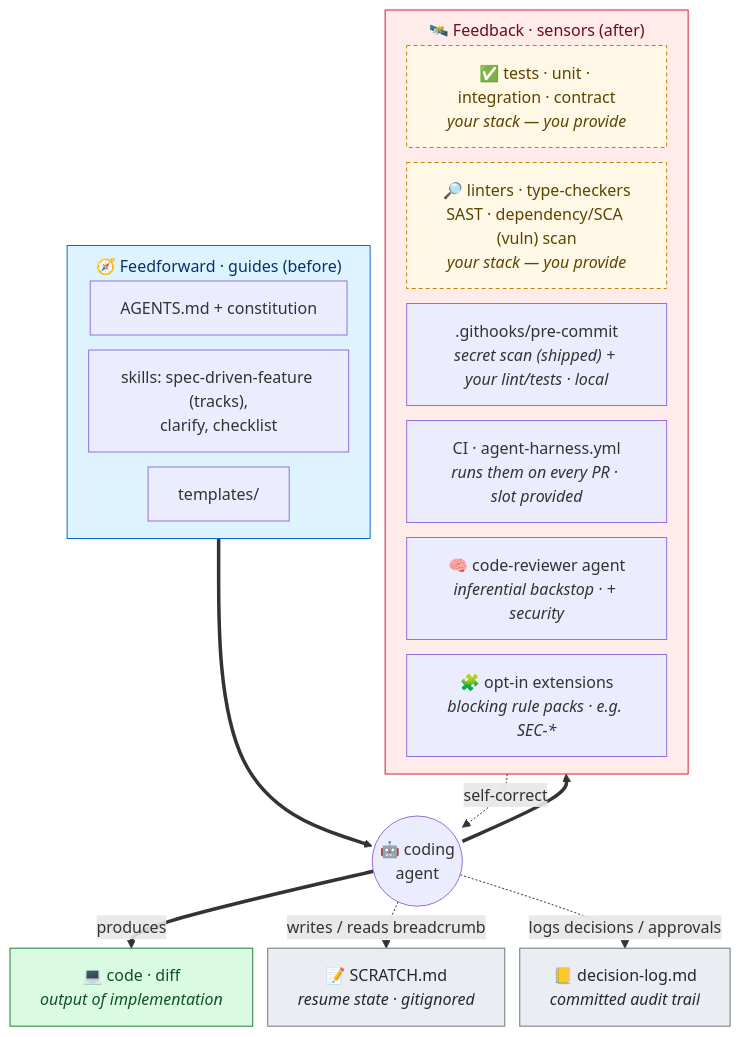
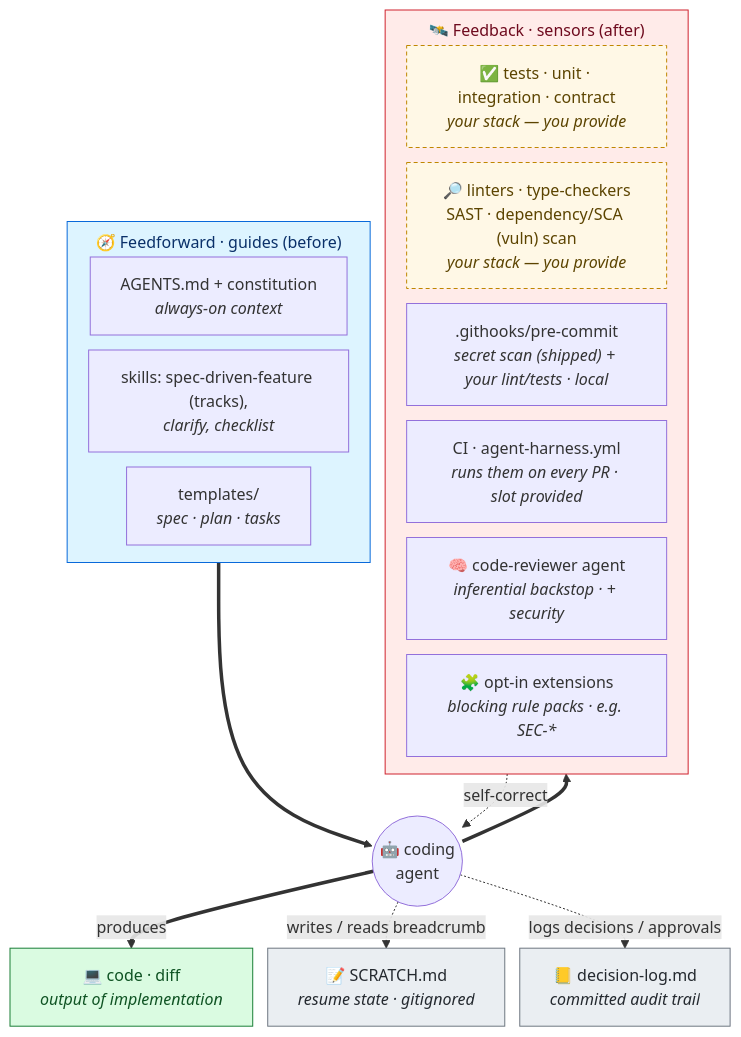
One commit to saptarshibasu/spec-driven-development changed the second of 2 diagrams in README.md. Above: the diagram before and after it, drawn with Mermaid.

Commit message:
readme modified

````diff
--- a/README.md
+++ b/README.md
@@ -85,33 +85,33 @@
 ```mermaid
 %%{init: {'flowchart': {'nodeSpacing': 15, 'rankSpacing': 18, 'subGraphTitleMargin': {'top': 8, 'bottom': 10}}}}%%
 flowchart TB
     subgraph FF["🧭 Feedforward · guides (before)"]
         direction LR
-        A["AGENTS.md + constitution<i></i>"]
-        SK["skills: spec-driven-feature (tracks),<br/>clarify, checklist"]
-        TPL["templates/<i></i>"]
+        A["AGENTS.md + constitution<br/><i>always-on context</i>"]
+        SK["skills: spec-driven-feature (tracks),<br/><i>clarify, checklist</i>"]
+        TPL["templates/<br/><i>spec · plan · tasks</i>"]
     end
     subgraph FB["🛰️ Feedback · sensors (after)"]
         direction LR
         TS["✅ tests · unit · integration · contract<br/><i>your stack — you provide</i>"]:::byo
         SA["🔎 linters · type-checkers<br/>SAST · dependency/SCA (vuln) scan<br/><i>your stack — you provide</i>"]:::byo
         HK[".githooks/pre-commit<br/><i>secret scan (shipped) + your lint/tests · local</i>"]
         CI["CI · agent-harness.yml<br/><i>runs them on every PR · slot provided</i>"]
         AG["🧠 code-reviewer agent<br/><i>inferential backstop · + security</i>"]
         EX["🧩 opt-in extensions<br/><i>blocking rule packs · e.g. SEC-*</i>"]
     end
     FF ==> AGENT(("🤖 coding<br/>agent"))
     AGENT ==> FB
     AGENT ==>|produces| CODE["💻 code · diff<br/><i>output of implementation</i>"]:::out
     FB -. self-correct .-> AGENT
     AGENT -. writes / reads breadcrumb .-> SC["📝 SCRATCH.md<br/><i>resume state · gitignored</i>"]:::cont
     AGENT -. logs decisions / approvals .-> DL2["📒 decision-log.md<br/><i>committed audit trail</i>"]:::cont
 
     classDef ff fill:#ddf4ff,stroke:#0969da,color:#0a3069
     classDef fb fill:#ffebe9,stroke:#cf222e,color:#6e0a1e
     classDef cont fill:#eaeef2,stroke:#6e7781,color:#24292f
     classDef byo fill:#fff8e6,stroke:#bf8700,color:#5c4400,stroke-dasharray:4 3
     classDef out fill:#dafbe1,stroke:#1a7f37,color:#0f5323
     class FF ff
     class FB fb
 ```
````
